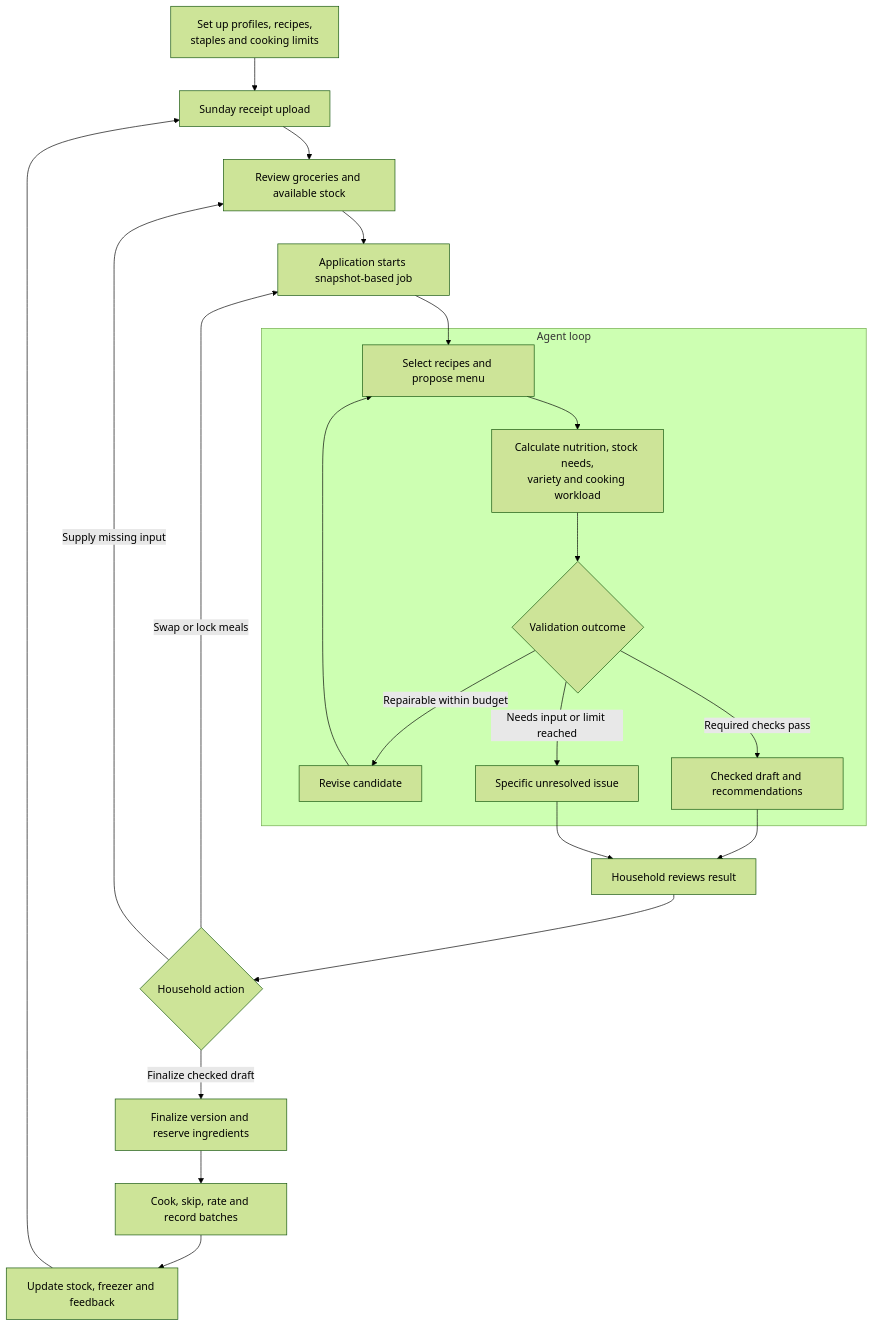
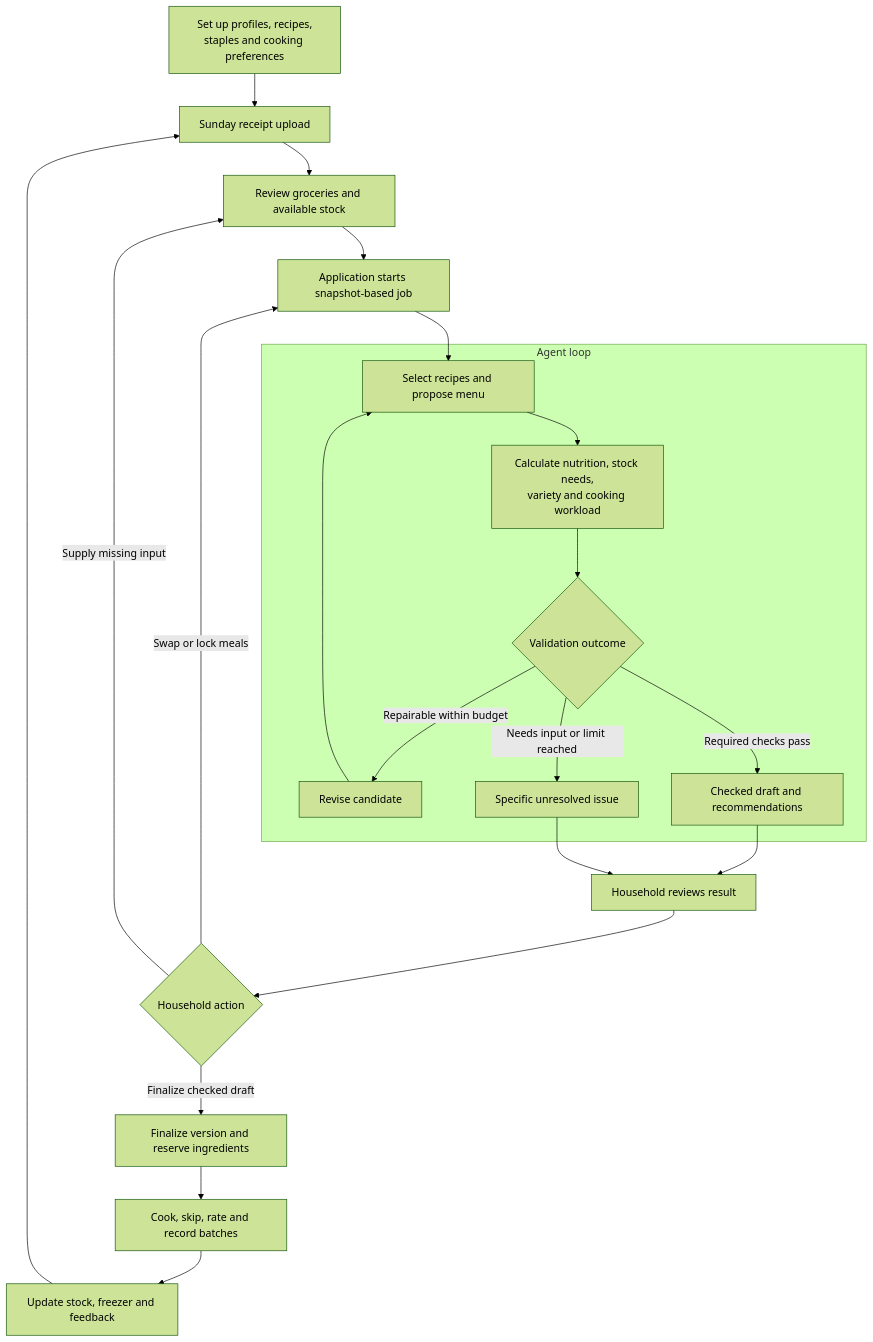
Before and after one commit to Shrezz/MenuAgent: the fourth of 4 diagrams in plan.MD, drawn with Mermaid (forest theme). The commit also changed other lines of this file and 35 other files, not shown here.

````diff
--- a/plan.MD
+++ b/plan.MD
@@ -195,35 +213,35 @@
 ```mermaid
 flowchart TD
-    Setup["Set up profiles, recipes,<br/>staples and cooking limits"]
+    Setup["Set up profiles, recipes,<br/>staples and cooking preferences"]
     Receipt["Sunday receipt upload"]
     Confirm["Review groceries and available stock"]
     Start["Application starts snapshot-based job"]
 
     subgraph Inner["Agent loop"]
         Propose["Select recipes and propose menu"]
         Evaluate["Calculate nutrition, stock needs,<br/>variety and cooking workload"]
         Result{"Validation outcome"}
         Revise["Revise candidate"]
         Draft["Checked draft and recommendations"]
         Issue["Specific unresolved issue"]
         Propose --> Evaluate --> Result
         Result -->|Repairable within budget| Revise
         Revise --> Propose
         Result -->|Required checks pass| Draft
         Result -->|Needs input or limit reached| Issue
     end
 
     Review["Household reviews result"]
     Action{"Household action"}
     Final["Finalize version and reserve ingredients"]
     Week["Cook, skip, rate and record batches"]
     Update["Update stock, freezer and feedback"]
 
     Setup --> Receipt --> Confirm --> Start --> Propose
     Draft --> Review --> Action
     Issue --> Review
     Action -->|Swap or lock meals| Start
     Action -->|Supply missing input| Confirm
     Action -->|Finalize checked draft| Final
     Final --> Week --> Update --> Receipt
 ```
````
